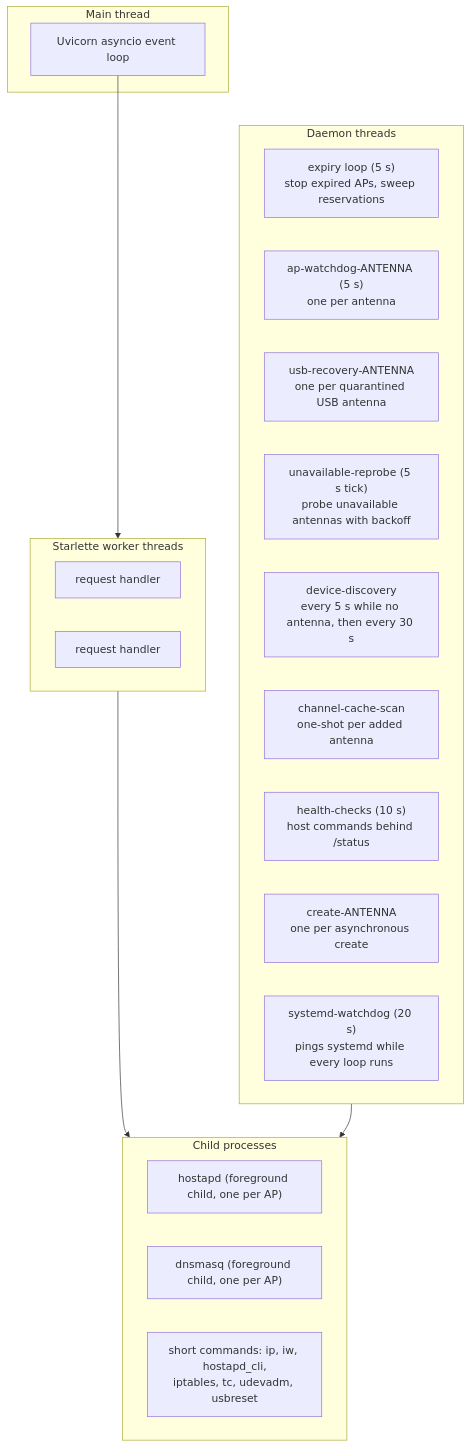
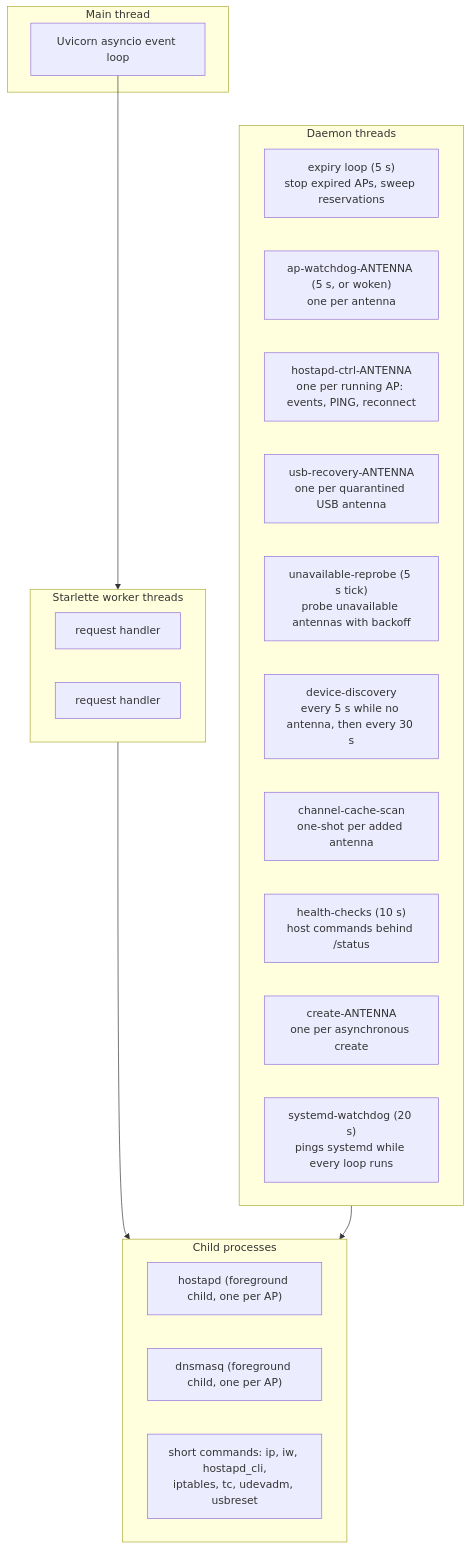
The fifth of 16 diagrams in docs/architecture.md (caporalesimone/wi-lab), drawn with Mermaid before and after one commit. The commit also changed other lines of this file and 13 other files, not shown here.

First line of the commit message:
feat(hostapd): persistent control connection that wakes the watchdog (PERF-4)

````diff
--- a/docs/architecture.md
+++ b/docs/architecture.md
@@ -299,29 +299,30 @@
 ```mermaid
 flowchart TB
     subgraph EventLoop["Main thread"]
         EL["Uvicorn asyncio event loop"]
     end
     subgraph Pool["Starlette worker threads"]
         H1["request handler"]
         H2["request handler"]
     end
     subgraph Background["Daemon threads"]
         EX["expiry loop (5 s)<br/>stop expired APs, sweep reservations"]
-        WDT["ap-watchdog-ANTENNA (5 s)<br/>one per antenna"]
+        WDT["ap-watchdog-ANTENNA (5 s, or woken)<br/>one per antenna"]
+        HM["hostapd-ctrl-ANTENNA<br/>one per running AP: events, PING, reconnect"]
         UR["usb-recovery-ANTENNA<br/>one per quarantined USB antenna"]
         RP["unavailable-reprobe (5 s tick)<br/>probe unavailable antennas with backoff"]
         DS["device-discovery<br/>every 5 s while no antenna, then every 30 s"]
         CC["channel-cache-scan<br/>one-shot per added antenna"]
         HC["health-checks (10 s)<br/>host commands behind /status"]
         CJ["create-ANTENNA<br/>one per asynchronous create"]
         SN["systemd-watchdog (20 s)<br/>pings systemd while every loop runs"]
     end
     subgraph Children["Child processes"]
         HP["hostapd (foreground child, one per AP)"]
         DQ["dnsmasq (foreground child, one per AP)"]
         SC["short commands: ip, iw, hostapd_cli,<br/>iptables, tc, udevadm, usbreset"]
     end
     EL --> Pool
     Pool --> Children
     Background --> Children
 ```
````
